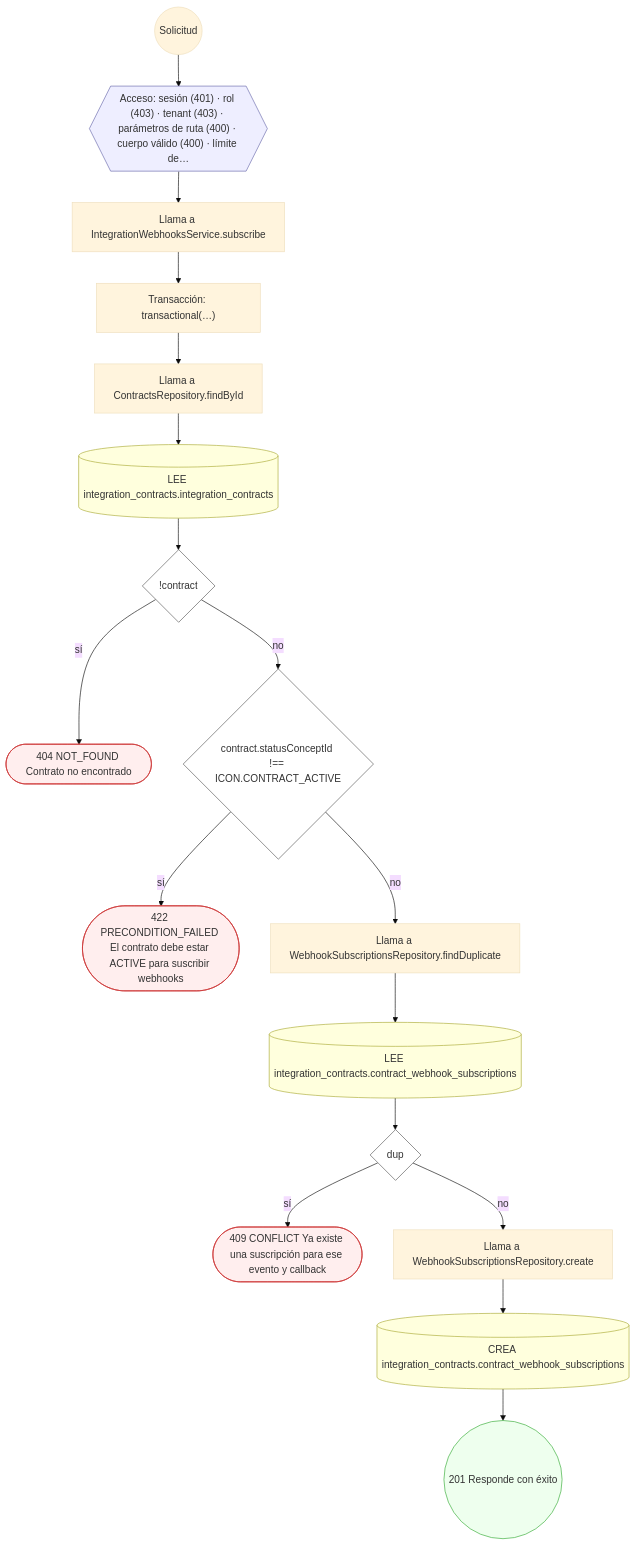
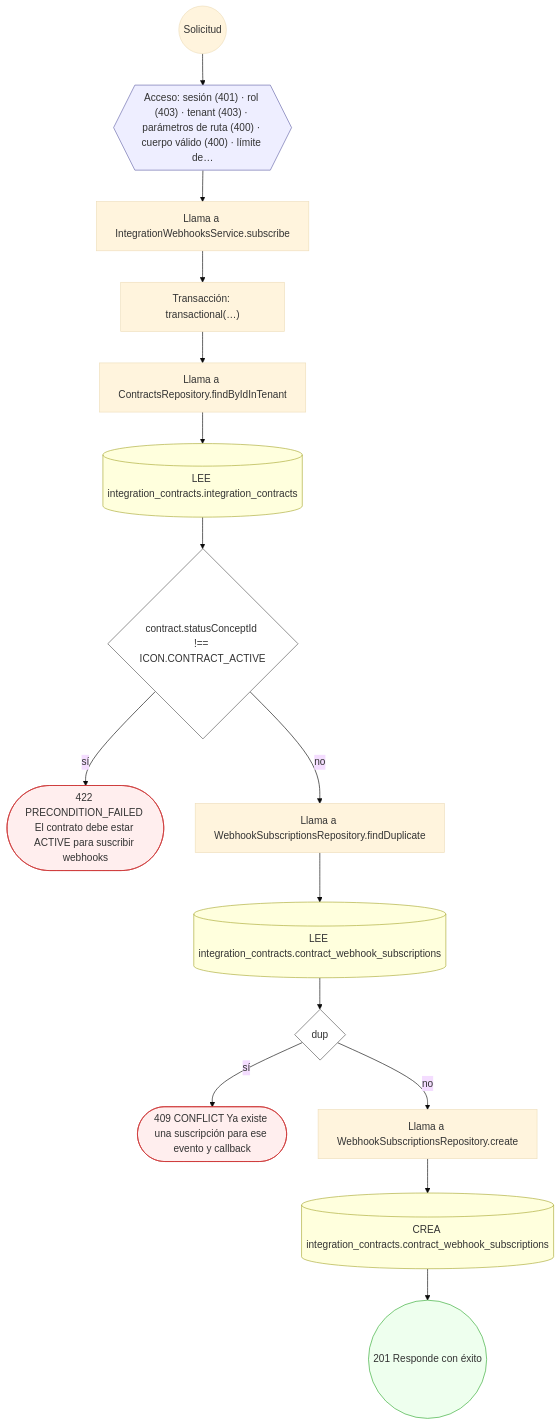
The tenth of 12 diagrams in docs/inventario/flujos/integration_contracts.md (mdavila-2001/mantra-core-health-api), drawn with Mermaid (base theme) before and after one commit. The commit also changed other lines of this file and 438 other files, not shown here.

````diff
--- a/docs/inventario/flujos/integration_contracts.md
+++ b/docs/inventario/flujos/integration_contracts.md
@@ -691,42 +642,38 @@
 ```mermaid
 flowchart TD
   n1(("Solicitud")):::inicio
   n2{{"Acceso: sesión (401) · rol (403) · tenant (403) · parámetros de ruta (400) · cuerpo válido (400) · límite de…"}}:::acceso
   n1 --> n2
   n3["Llama a IntegrationWebhooksService.subscribe"]:::llamada
   n2 --> n3
   n4["Transacción: transactional(…)"]:::transaccion
   n3 --> n4
-  n5["Llama a ContractsRepository.findById"]:::llamada
+  n5["Llama a ContractsRepository.findByIdInTenant"]:::llamada
   n4 --> n5
   n6[("LEE integration_contracts.integration_contracts")]:::efecto
   n5 --> n6
-  n7{"!contract"}:::decision
+  n7{"contract.statusConceptId !== ICON.CONTRACT_ACTIVE"}:::decision
   n6 --> n7
-  n8(["404 NOT_FOUND Contrato no encontrado"]):::error
+  n8(["422 PRECONDITION_FAILED El contrato debe estar ACTIVE para suscribir webhooks"]):::error
   n7 -->|"sí"| n8
-  n9{"contract.statusConceptId !== ICON.CONTRACT_ACTIVE"}:::decision
+  n9["Llama a WebhookSubscriptionsRepository.findDuplicate"]:::llamada
   n7 -->|"no"| n9
-  n10(["422 PRECONDITION_FAILED El contrato debe estar ACTIVE para suscribir webhooks"]):::error
-  n9 -->|"sí"| n10
-  n11["Llama a WebhookSubscriptionsRepository.findDuplicate"]:::llamada
-  n9 -->|"no"| n11
-  n12[("LEE integration_contracts.contract_webhook_subscriptions")]:::efecto
-  n11 --> n12
-  n13{"dup"}:::decision
-  n12 --> n13
-  n14(["409 CONFLICT Ya existe una suscripción para ese evento y callback"]):::error
-  n13 -->|"sí"| n14
-  n15["Llama a WebhookSubscriptionsRepository.create"]:::llamada
-  n13 -->|"no"| n15
-  n16[("CREA integration_contracts.contract_webhook_subscriptions")]:::efecto
-  n15 --> n16
-  n17(("201 Responde con éxito")):::ok
-  n16 --> n17
+  n10[("LEE integration_contracts.contract_webhook_subscriptions")]:::efecto
+  n9 --> n10
+  n11{"dup"}:::decision
+  n10 --> n11
+  n12(["409 CONFLICT Ya existe una suscripción para ese evento y callback"]):::error
+  n11 -->|"sí"| n12
+  n13["Llama a WebhookSubscriptionsRepository.create"]:::llamada
+  n11 -->|"no"| n13
+  n14[("CREA integration_contracts.contract_webhook_subscriptions")]:::efecto
+  n13 --> n14
+  n15(("201 Responde con éxito")):::ok
+  n14 --> n15
   classDef acceso fill:#eef,stroke:#66a
   classDef error fill:#fee,stroke:#c33
   classDef ok fill:#efe,stroke:#3a3
   classDef efecto fill:#ffd,stroke:#aa3
   classDef decision fill:#fff,stroke:#555
   classDef corte fill:#eee,stroke:#999,stroke-dasharray: 4
 ```
````
